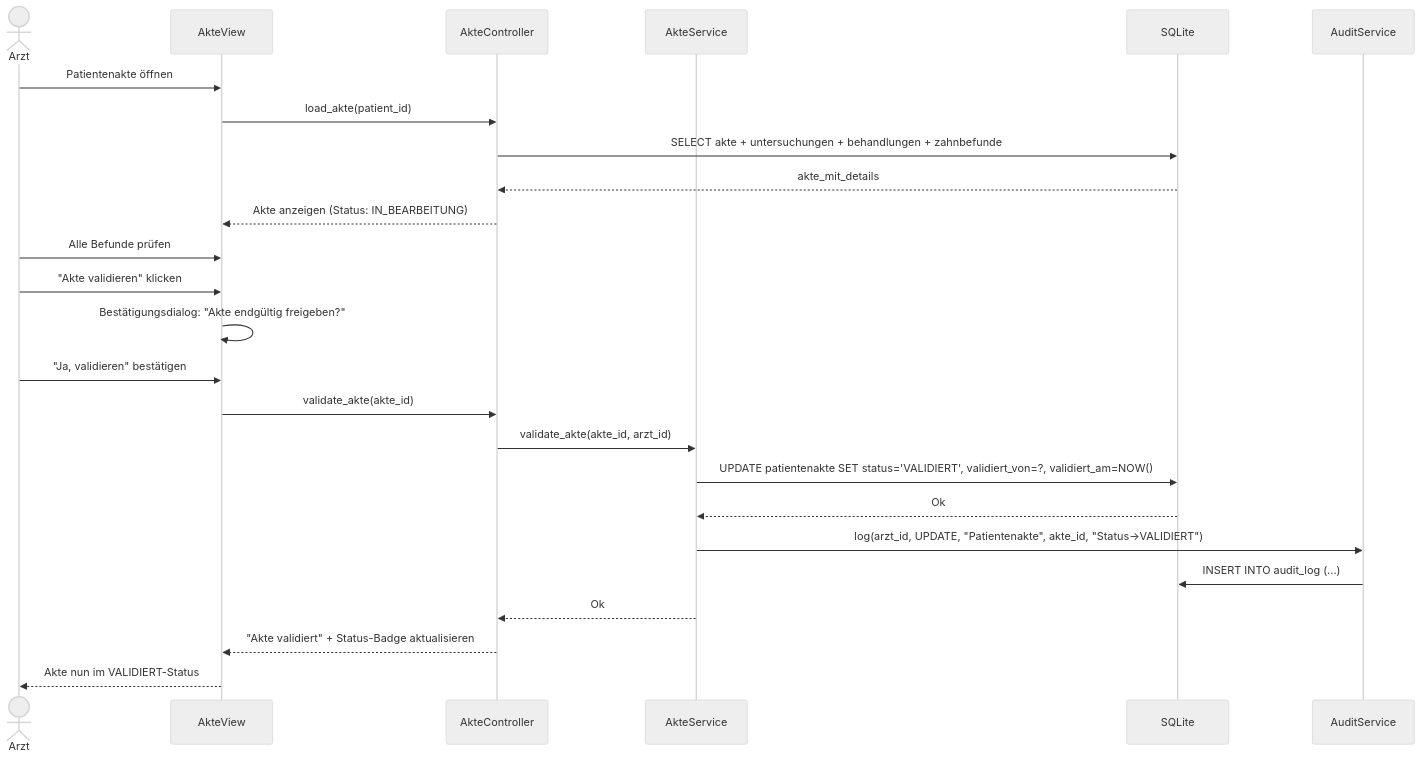
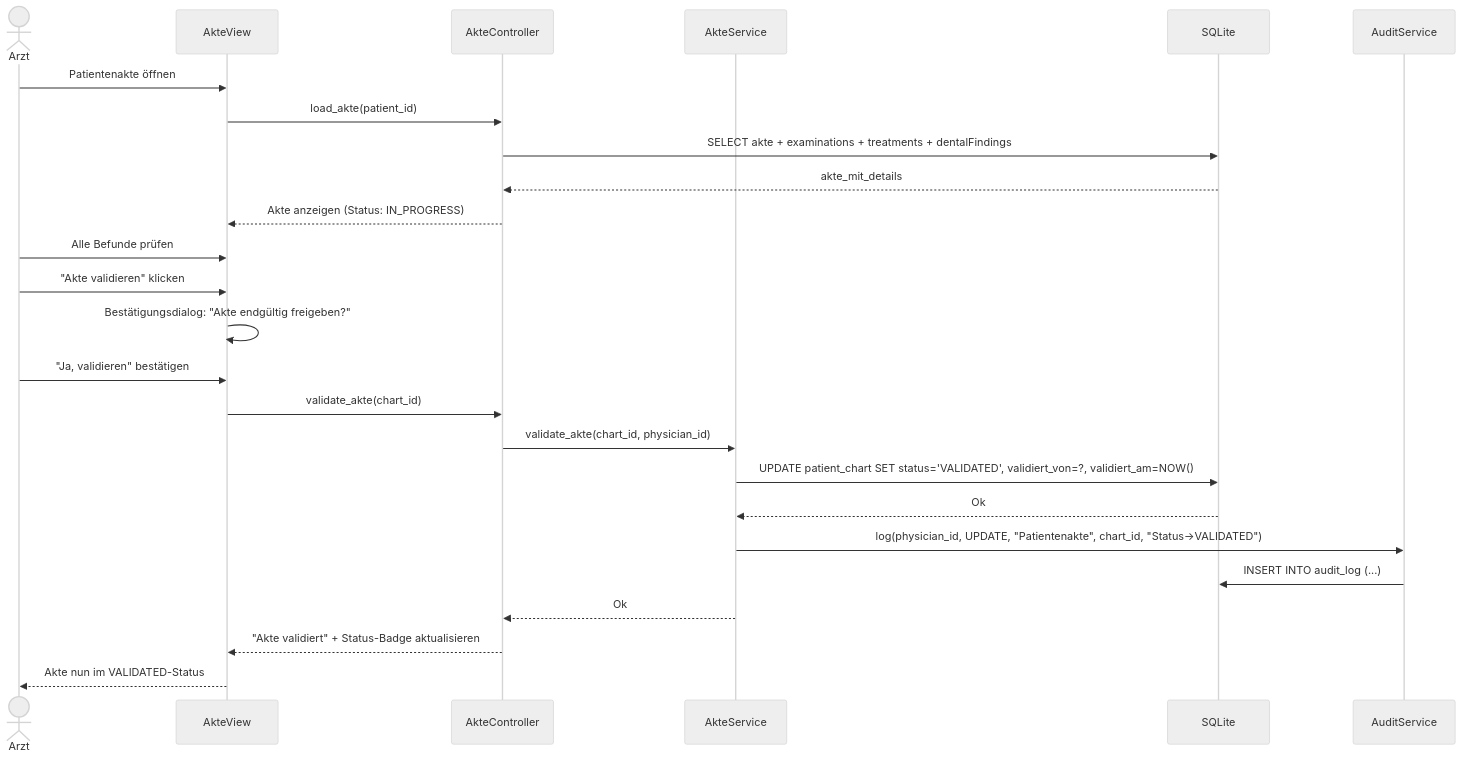
Before and after one commit to Achrafbennanizia/Medoc: the fifth of 5 diagrams in docs/uml/03-sequence-diagram.md, drawn with Mermaid (neutral theme). The commit also changed other lines of this file and 1081 other files, not shown here.

````diff
--- a/docs/uml/03-sequence-diagram.md
+++ b/docs/uml/03-sequence-diagram.md
@@ -148,31 +148,31 @@
 ```mermaid
 sequenceDiagram
     actor Arzt
     participant View as AkteView
     participant Controller as AkteController
     participant Service as AkteService
     participant DB as SQLite
     participant Audit as AuditService
 
     Arzt->>View: Patientenakte öffnen
     View->>Controller: load_akte(patient_id)
-    Controller->>DB: SELECT akte + untersuchungen + behandlungen + zahnbefunde
+    Controller->>DB: SELECT akte + examinations + treatments + dentalFindings
     DB-->>Controller: akte_mit_details
-    Controller-->>View: Akte anzeigen (Status: IN_BEARBEITUNG)
+    Controller-->>View: Akte anzeigen (Status: IN_PROGRESS)
 
     Arzt->>View: Alle Befunde prüfen
     Arzt->>View: "Akte validieren" klicken
 
     View->>View: Bestätigungsdialog: "Akte endgültig freigeben?"
     Arzt->>View: "Ja, validieren" bestätigen
 
-    View->>Controller: validate_akte(akte_id)
-    Controller->>Service: validate_akte(akte_id, arzt_id)
-    Service->>DB: UPDATE patientenakte SET status='VALIDIERT', validiert_von=?, validiert_am=NOW()
+    View->>Controller: validate_akte(chart_id)
+    Controller->>Service: validate_akte(chart_id, physician_id)
+    Service->>DB: UPDATE patient_chart SET status='VALIDATED', validiert_von=?, validiert_am=NOW()
     DB-->>Service: Ok
-    Service->>Audit: log(arzt_id, UPDATE, "Patientenakte", akte_id, "Status→VALIDIERT")
+    Service->>Audit: log(physician_id, UPDATE, "Patientenakte", chart_id, "Status→VALIDATED")
     Audit->>DB: INSERT INTO audit_log (...)
     Service-->>Controller: Ok
     Controller-->>View: "Akte validiert" + Status-Badge aktualisieren
-    View-->>Arzt: Akte nun im VALIDIERT-Status
+    View-->>Arzt: Akte nun im VALIDATED-Status
 ```
````
